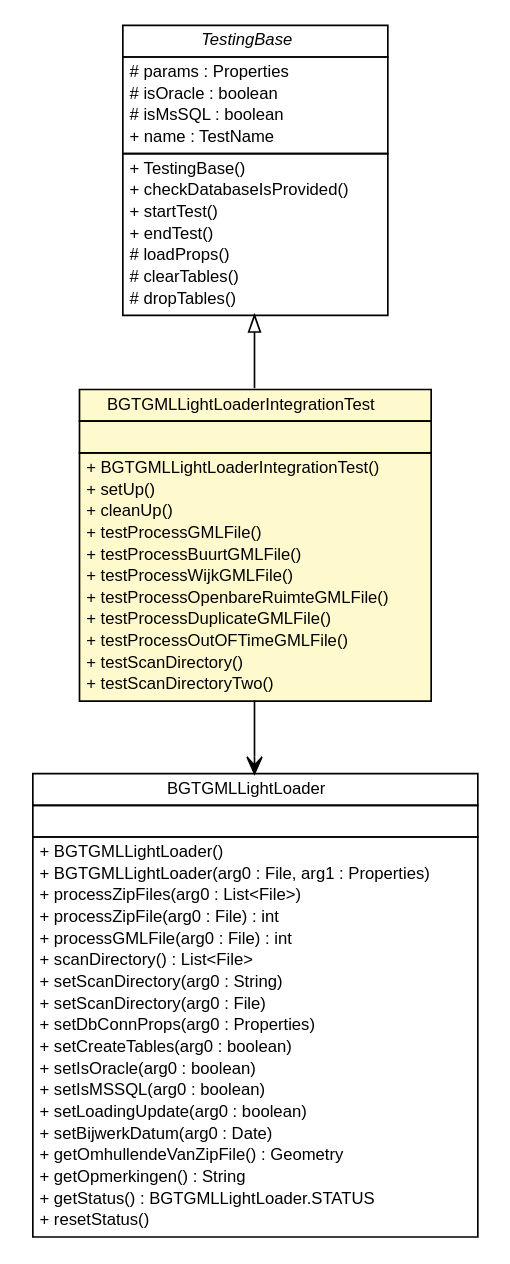
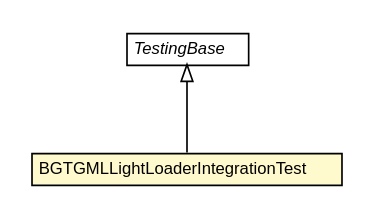
One commit to B3Partners/brmo changed the diagram in bgt-gml-loader/testapidocs/nl/b3p/brmo/loader/gml/BGTGMLLightLoaderIntegrationTest.dot. Above: the diagram before and after it, drawn with Graphviz. The commit also changed 363 other files, not shown here.

```diff
--- a/bgt-gml-loader/testapidocs/nl/b3p/brmo/loader/gml/BGTGMLLightLoaderIntegrationTest.dot
+++ b/bgt-gml-loader/testapidocs/nl/b3p/brmo/loader/gml/BGTGMLLightLoaderIntegrationTest.dot
@@ -1,88 +1,26 @@
 #!/usr/local/bin/dot
 #
 # Class diagram 
 # Generated by UMLGraph version R5_6-24-gf6e263 (http://www.umlgraph.org/)
 #
 
 digraph G {
 	edge [fontname="Helvetica",fontsize=10,labelfontname="Helvetica",labelfontsize=10];
 	node [fontname="Helvetica",fontsize=10,shape=plaintext];
 	nodesep=0.25;
 	ranksep=0.5;
 	// nl.b3p.brmo.loader.gml.BGTGMLLightLoaderIntegrationTest
-	c57 [label=<<table title="nl.b3p.brmo.loader.gml.BGTGMLLightLoaderIntegrationTest" border="0" cellborder="1" cellspacing="0" cellpadding="2" port="p" bgcolor="lemonChiffon" href="./BGTGMLLightLoaderIntegrationTest.html">
+	c43 [label=<<table title="nl.b3p.brmo.loader.gml.BGTGMLLightLoaderIntegrationTest" border="0" cellborder="1" cellspacing="0" cellpadding="2" port="p" bgcolor="lemonChiffon" href="./BGTGMLLightLoaderIntegrationTest.html">
 		<tr><td><table border="0" cellspacing="0" cellpadding="1">
 <tr><td align="center" balign="center"> BGTGMLLightLoaderIntegrationTest </td></tr>
 		</table></td></tr>
-		<tr><td><table border="0" cellspacing="0" cellpadding="1">
-<tr><td align="left" balign="left">  </td></tr>
-		</table></td></tr>
-		<tr><td><table border="0" cellspacing="0" cellpadding="1">
-<tr><td align="left" balign="left"> + BGTGMLLightLoaderIntegrationTest() </td></tr>
-<tr><td align="left" balign="left"> + setUp() </td></tr>
-<tr><td align="left" balign="left"> + cleanUp() </td></tr>
-<tr><td align="left" balign="left"> + testProcessGMLFile() </td></tr>
-<tr><td align="left" balign="left"> + testProcessBuurtGMLFile() </td></tr>
-<tr><td align="left" balign="left"> + testProcessWijkGMLFile() </td></tr>
-<tr><td align="left" balign="left"> + testProcessOpenbareRuimteGMLFile() </td></tr>
-<tr><td align="left" balign="left"> + testProcessDuplicateGMLFile() </td></tr>
-<tr><td align="left" balign="left"> + testProcessOutOFTimeGMLFile() </td></tr>
-<tr><td align="left" balign="left"> + testScanDirectory() </td></tr>
-<tr><td align="left" balign="left"> + testScanDirectoryTwo() </td></tr>
-		</table></td></tr>
 		</table>>, URL="./BGTGMLLightLoaderIntegrationTest.html", fontname="Helvetica", fontcolor="black", fontsize=10.0];
 	// nl.b3p.brmo.loader.gml.TestingBase
-	c61 [label=<<table title="nl.b3p.brmo.loader.gml.TestingBase" border="0" cellborder="1" cellspacing="0" cellpadding="2" port="p" href="./TestingBase.html">
+	c47 [label=<<table title="nl.b3p.brmo.loader.gml.TestingBase" border="0" cellborder="1" cellspacing="0" cellpadding="2" port="p" href="./TestingBase.html">
 		<tr><td><table border="0" cellspacing="0" cellpadding="1">
 <tr><td align="center" balign="center"><font face="Helvetica-Oblique"> TestingBase </font></td></tr>
 		</table></td></tr>
-		<tr><td><table border="0" cellspacing="0" cellpadding="1">
-<tr><td align="left" balign="left"> # params : Properties </td></tr>
-<tr><td align="left" balign="left"> # isOracle : boolean </td></tr>
-<tr><td align="left" balign="left"> # isMsSQL : boolean </td></tr>
-<tr><td align="left" balign="left"> + name : TestName </td></tr>
-		</table></td></tr>
-		<tr><td><table border="0" cellspacing="0" cellpadding="1">
-<tr><td align="left" balign="left"> + TestingBase() </td></tr>
-<tr><td align="left" balign="left"> + checkDatabaseIsProvided() </td></tr>
-<tr><td align="left" balign="left"> + startTest() </td></tr>
-<tr><td align="left" balign="left"> + endTest() </td></tr>
-<tr><td align="left" balign="left"> # loadProps() </td></tr>
-<tr><td align="left" balign="left"> # clearTables() </td></tr>
-<tr><td align="left" balign="left"> # dropTables() </td></tr>
-		</table></td></tr>
 		</table>>, URL="./TestingBase.html", fontname="Helvetica", fontcolor="black", fontsize=10.0];
 	//nl.b3p.brmo.loader.gml.BGTGMLLightLoaderIntegrationTest extends nl.b3p.brmo.loader.gml.TestingBase
-	c61:p -> c57:p [dir=back,arrowtail=empty];
-	// nl.b3p.brmo.loader.gml.BGTGMLLightLoaderIntegrationTest NAVASSOC nl.b3p.brmo.loader.gml.BGTGMLLightLoader
-	c57:p -> c64:p [taillabel="", label="", headlabel="", fontname="Helvetica", fontcolor="black", fontsize=10.0, color="black", arrowhead=open];
-	// nl.b3p.brmo.loader.gml.BGTGMLLightLoader
-	c64 [label=<<table title="nl.b3p.brmo.loader.gml.BGTGMLLightLoader" border="0" cellborder="1" cellspacing="0" cellpadding="2" port="p">
-		<tr><td><table border="0" cellspacing="0" cellpadding="1">
-<tr><td align="center" balign="center"> BGTGMLLightLoader </td></tr>
-		</table></td></tr>
-		<tr><td><table border="0" cellspacing="0" cellpadding="1">
-<tr><td align="left" balign="left">  </td></tr>
-		</table></td></tr>
-		<tr><td><table border="0" cellspacing="0" cellpadding="1">
-<tr><td align="left" balign="left"> + BGTGMLLightLoader() </td></tr>
-<tr><td align="left" balign="left"> + BGTGMLLightLoader(arg0 : File, arg1 : Properties) </td></tr>
-<tr><td align="left" balign="left"> + processZipFiles(arg0 : List&lt;File&gt;) </td></tr>
-<tr><td align="left" balign="left"> + processZipFile(arg0 : File) : int </td></tr>
-<tr><td align="left" balign="left"> + processGMLFile(arg0 : File) : int </td></tr>
-<tr><td align="left" balign="left"> + scanDirectory() : List&lt;File&gt; </td></tr>
-<tr><td align="left" balign="left"> + setScanDirectory(arg0 : String) </td></tr>
-<tr><td align="left" balign="left"> + setScanDirectory(arg0 : File) </td></tr>
-<tr><td align="left" balign="left"> + setDbConnProps(arg0 : Properties) </td></tr>
-<tr><td align="left" balign="left"> + setCreateTables(arg0 : boolean) </td></tr>
-<tr><td align="left" balign="left"> + setIsOracle(arg0 : boolean) </td></tr>
-<tr><td align="left" balign="left"> + setIsMSSQL(arg0 : boolean) </td></tr>
-<tr><td align="left" balign="left"> + setLoadingUpdate(arg0 : boolean) </td></tr>
-<tr><td align="left" balign="left"> + setBijwerkDatum(arg0 : Date) </td></tr>
-<tr><td align="left" balign="left"> + getOmhullendeVanZipFile() : Geometry </td></tr>
-<tr><td align="left" balign="left"> + getOpmerkingen() : String </td></tr>
-<tr><td align="left" balign="left"> + getStatus() : BGTGMLLightLoader.STATUS </td></tr>
-<tr><td align="left" balign="left"> + resetStatus() </td></tr>
-		</table></td></tr>
-		</table>>, URL="null", fontname="Helvetica", fontcolor="black", fontsize=10.0];
+	c47:p -> c43:p [dir=back,arrowtail=empty];
 }
```
